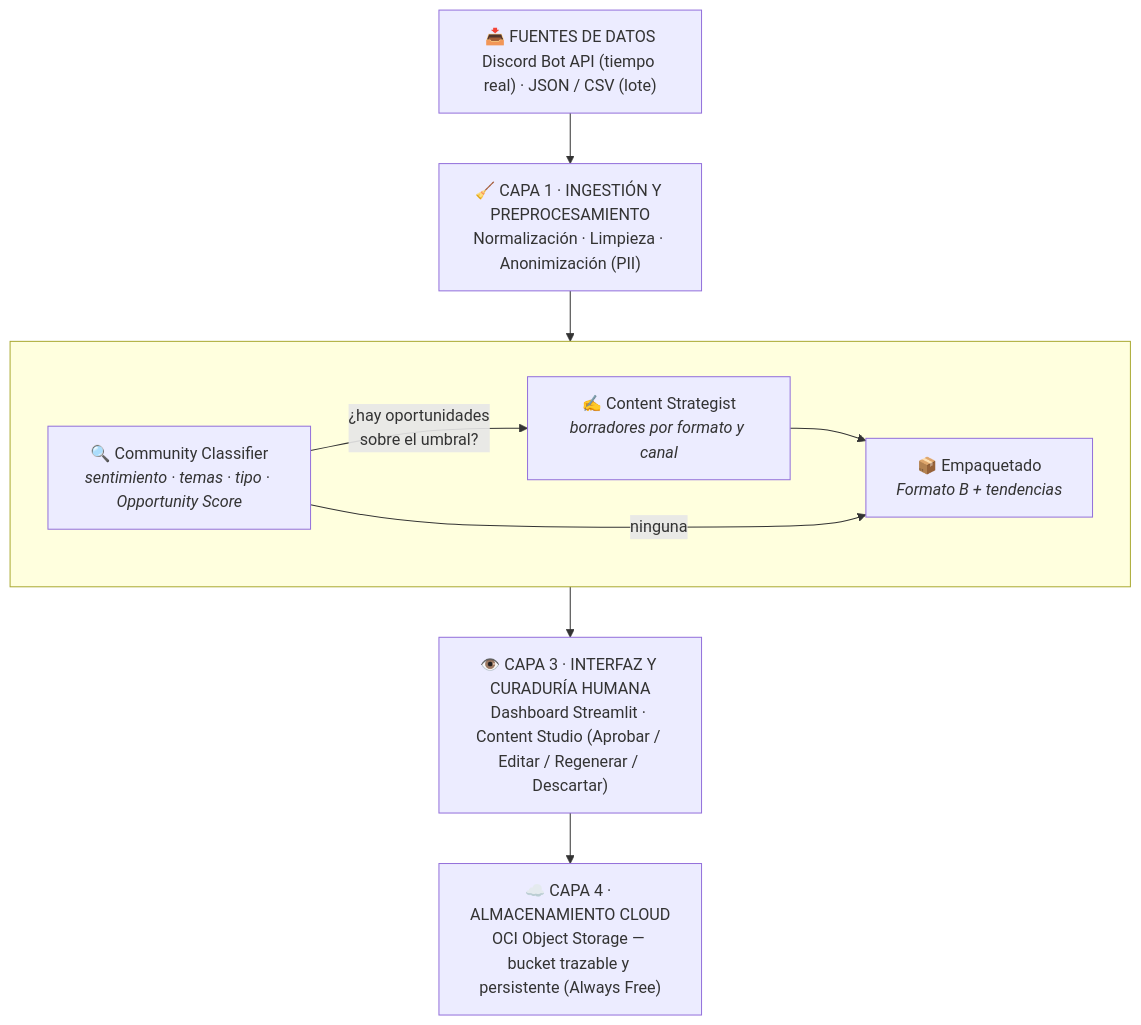
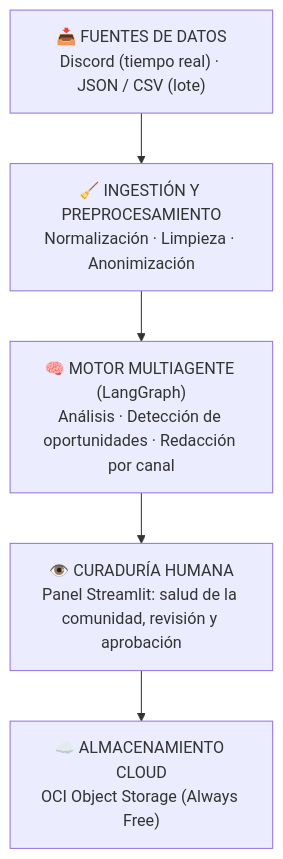
The diagram in README.md (No-Country-simulation/G10_LATAM_TEAM_26), drawn with Mermaid before and after one commit. The commit also changed other lines of this file, not shown here.

````diff
--- a/README.md
+++ b/README.md
@@ -112,14 +57,8 @@
 ```mermaid
 flowchart TD
-    A["📥 FUENTES DE DATOS<br/>Discord Bot API (tiempo real) · JSON / CSV (lote)"] --> B
-    B["🧹 CAPA 1 · INGESTIÓN Y PREPROCESAMIENTO<br/>Normalización · Limpieza · Anonimización (PII)"] --> C
-    C["🧠 CAPA 2 · MOTOR LANGGRAPH"] --> D
-    D["👁️ CAPA 3 · INTERFAZ Y CURADURÍA HUMANA<br/>Dashboard Streamlit · Content Studio (Aprobar / Editar / Regenerar / Descartar)"] --> E
-    E["☁️ CAPA 4 · ALMACENAMIENTO CLOUD<br/>OCI Object Storage — bucket trazable y persistente (Always Free)"]
-
-    subgraph C[" "]
-        C1["🔍 Community Classifier<br/><i>sentimiento · temas · tipo · Opportunity Score</i>"] -->|"¿hay oportunidades<br/>sobre el umbral?"| C2["✍️ Content Strategist<br/><i>borradores por formato y canal</i>"]
-        C2 --> C3["📦 Empaquetado<br/><i>Formato B + tendencias</i>"]
-        C1 -->|"ninguna"| C3
-    end
+    A["📥 FUENTES DE DATOS<br/>Discord (tiempo real) · JSON / CSV (lote)"] --> B
+    B["🧹 INGESTIÓN Y PREPROCESAMIENTO<br/>Normalización · Limpieza · Anonimización"] --> C
+    C["🧠 MOTOR MULTIAGENTE (LangGraph)<br/>Análisis · Detección de oportunidades · Redacción por canal"] --> D
+    D["👁️ CURADURÍA HUMANA<br/>Panel Streamlit: salud de la comunidad, revisión y aprobación"] --> E
+    E["☁️ ALMACENAMIENTO CLOUD<br/>OCI Object Storage (Always Free)"]
 ```
````
